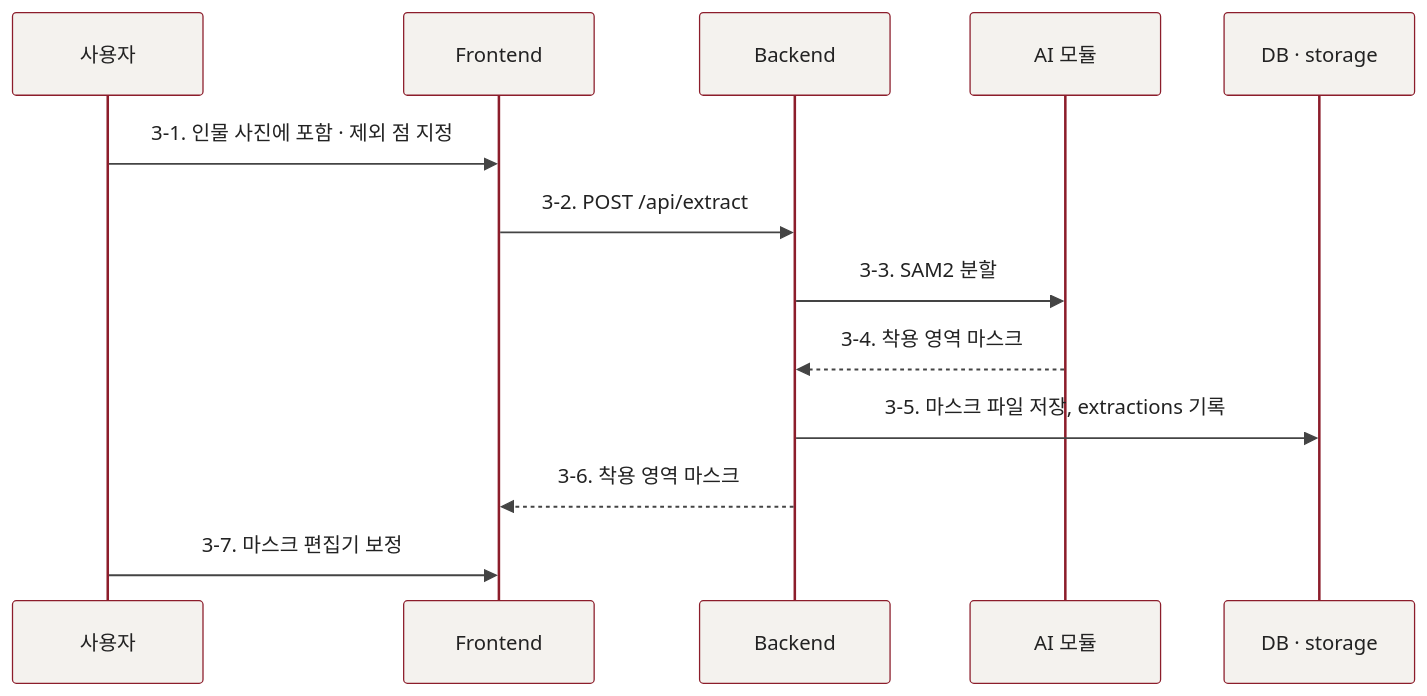
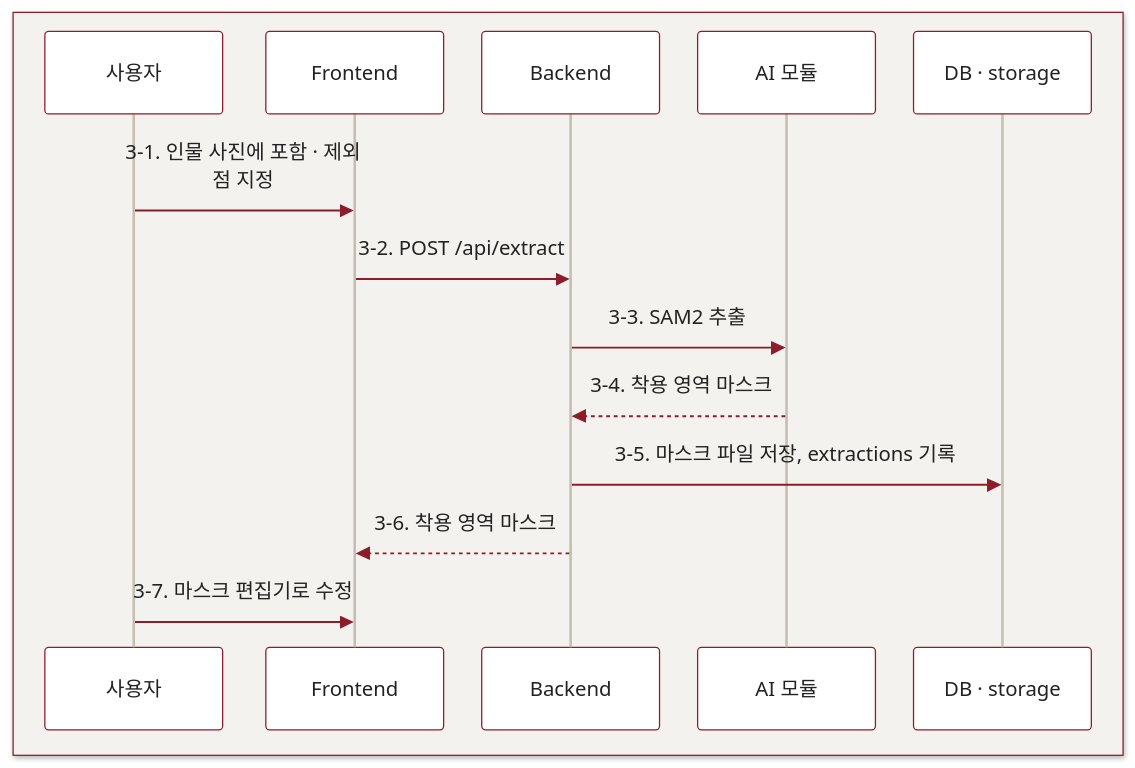
The sixth of 8 diagrams in README.md (Jenny5789/CGI_MOA), drawn with Mermaid before and after one commit. The commit also changed other lines of this file, not shown here.

````diff
--- a/README.md
+++ b/README.md
@@ -266,16 +283,18 @@
 ```mermaid
-%%{init: {'theme':'base','themeVariables':{'primaryColor':'#f4f2ee','primaryBorderColor':'#8c1d2b','primaryTextColor':'#222222','lineColor':'#444444','noteBkgColor':'#8c1d2b','noteTextColor':'#ffffff','noteBorderColor':'#8c1d2b','labelBoxBkgColor':'#8c1d2b','labelBoxBorderColor':'#8c1d2b','labelTextColor':'#ffffff','loopTextColor':'#8c1d2b','signalColor':'#444444','signalTextColor':'#222222'}}}%%
+%%{init: {'theme':'base','themeVariables':{'fontSize':'18px','primaryColor':'#ffffff','primaryBorderColor':'#8c1d2b','primaryTextColor':'#222222','textColor':'#222222','lineColor':'#8c1d2b','mainBkg':'#ffffff','nodeBorder':'#8c1d2b','secondaryColor':'#f4f2ee','tertiaryColor':'#f4f2ee','edgeLabelBackground':'#f4f2ee','actorBkg':'#ffffff','actorBorder':'#8c1d2b','actorTextColor':'#222222','actorLineColor':'#c4bdb1','signalColor':'#8c1d2b','signalTextColor':'#222222','labelBoxBkgColor':'#ffffff','labelBoxBorderColor':'#8c1d2b','labelTextColor':'#222222','loopTextColor':'#222222','noteBkgColor':'#ffffff','noteBorderColor':'#8c1d2b','noteTextColor':'#222222'},'sequence':{'actorMargin':30,'width':140,'wrap':true}}}%%
 sequenceDiagram
-    participant U as 사용자
-    participant F as Frontend
-    participant B as Backend
-    participant A as AI 모듈
-    participant S as DB · storage
+    box rgb(244,242,238)
+        participant U as 사용자
+        participant F as Frontend
+        participant B as Backend
+        participant A as AI 모듈
+        participant S as DB · storage
+    end
     U->>F: 3-1. 인물 사진에 포함 · 제외 점 지정
     F->>B: 3-2. POST /api/extract
-    B->>A: 3-3. SAM2 분할
+    B->>A: 3-3. SAM2 추출
     A-->>B: 3-4. 착용 영역 마스크
     B->>S: 3-5. 마스크 파일 저장, extractions 기록
     B-->>F: 3-6. 착용 영역 마스크
-    U->>F: 3-7. 마스크 편집기 보정
+    U->>F: 3-7. 마스크 편집기로 수정
 ```
````
